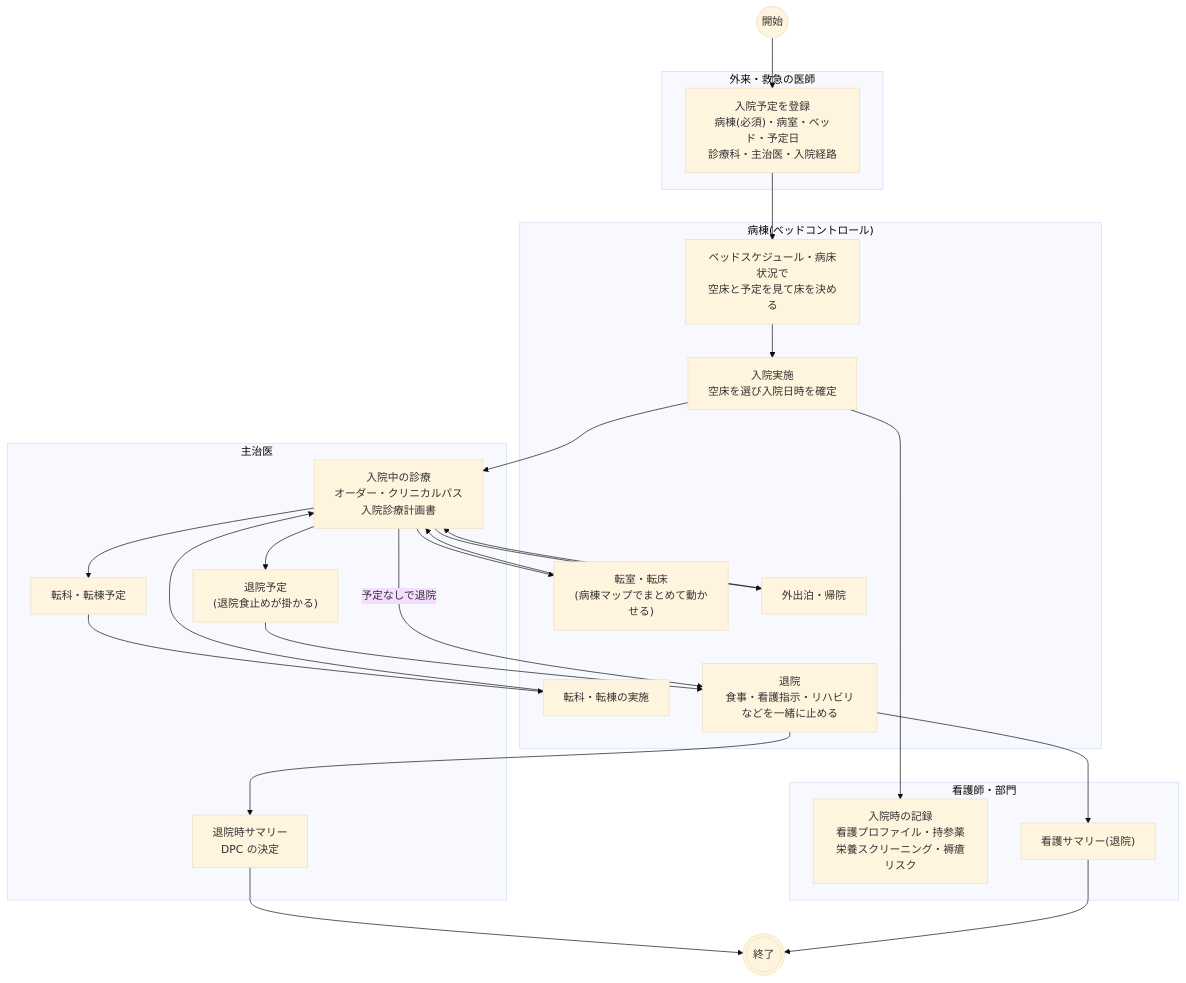
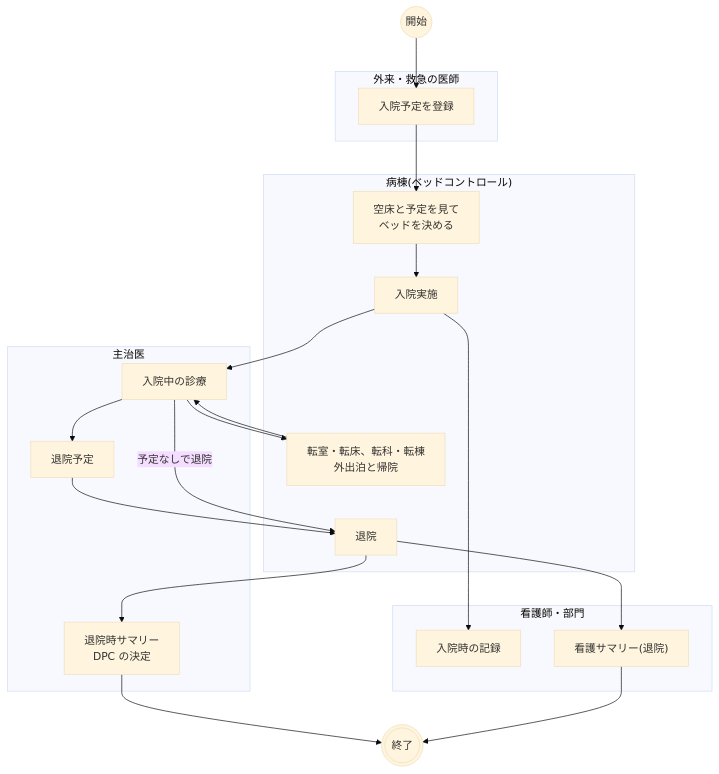
Before and after one commit to ysnr-dev/fhir-client-docs: the first of 8 diagrams in docs/flows/admission-discharge.md, drawn with Mermaid (base theme). The commit also changed other lines of this file and 43 other files, not shown here.

Commit message:
docs: 業務フローとシーケンス図を写し直し

````diff
--- a/docs/flows/admission-discharge.md
+++ b/docs/flows/admission-discharge.md
@@ -34,41 +14,36 @@
 ```mermaid
 flowchart TD
   start(("開始"))
   finish((("終了")))
 
   subgraph decide["外来・救急の医師"]
-    plan["入院予定を登録<br/>病棟(必須)・病室・ベッド・予定日<br/>診療科・主治医・入院経路"]
+    plan["入院予定を登録"]
   end
 
   subgraph bed["病棟(ベッドコントロール)"]
-    board["ベッドスケジュール・病床状況で<br/>空床と予定を見て床を決める"]
-    admit["入院実施<br/>空床を選び入院日時を確定"]
-    move["転室・転床<br/>(病棟マップでまとめて動かせる)"]
-    transfer["転科・転棟の実施"]
-    leave["外出泊・帰院"]
-    discharge["退院<br/>食事・看護指示・リハビリなどを一緒に止める"]
+    board["空床と予定を見て<br/>ベッドを決める"]
+    admit["入院実施"]
+    move["転室・転床、転科・転棟<br/>外出泊と帰院"]
+    discharge["退院"]
   end
 
   subgraph doctor["主治医"]
-    care["入院中の診療<br/>オーダー・クリニカルパス<br/>入院診療計画書"]
-    transferPlan["転科・転棟予定"]
-    dischargePlan["退院予定<br/>(退院食止めが掛かる)"]
+    care["入院中の診療"]
+    dischargePlan["退院予定"]
     summary["退院時サマリー<br/>DPC の決定"]
   end
 
   subgraph staff["看護師・部門"]
-    intake["入院時の記録<br/>看護プロファイル・持参薬<br/>栄養スクリーニング・褥瘡リスク"]
+    intake["入院時の記録"]
     nsum["看護サマリー(退院)"]
   end
 
   start --> plan --> board --> admit
   admit --> care
   admit --> intake
-  care --> transferPlan --> transfer --> care
   care --> move --> care
-  care --> leave --> care
   care --> dischargePlan --> discharge
   care -- "予定なしで退院" --> discharge
   discharge --> summary --> finish
   discharge --> nsum --> finish
 ```
````
